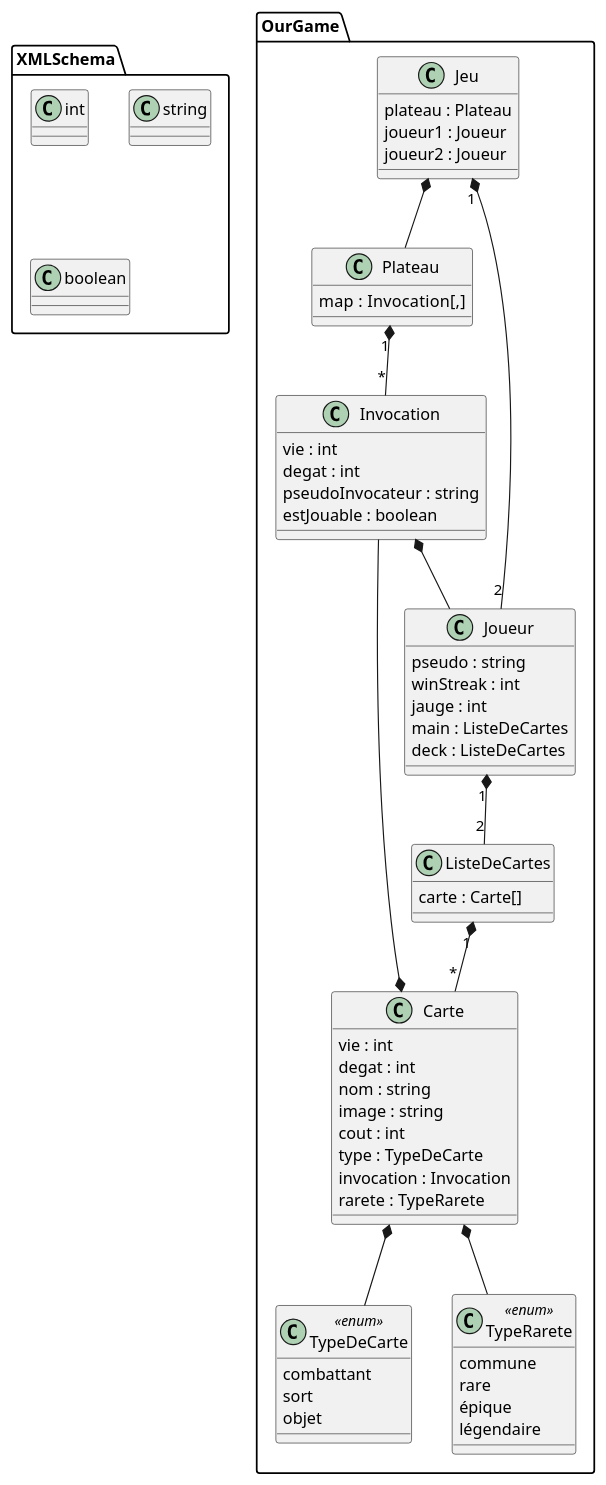
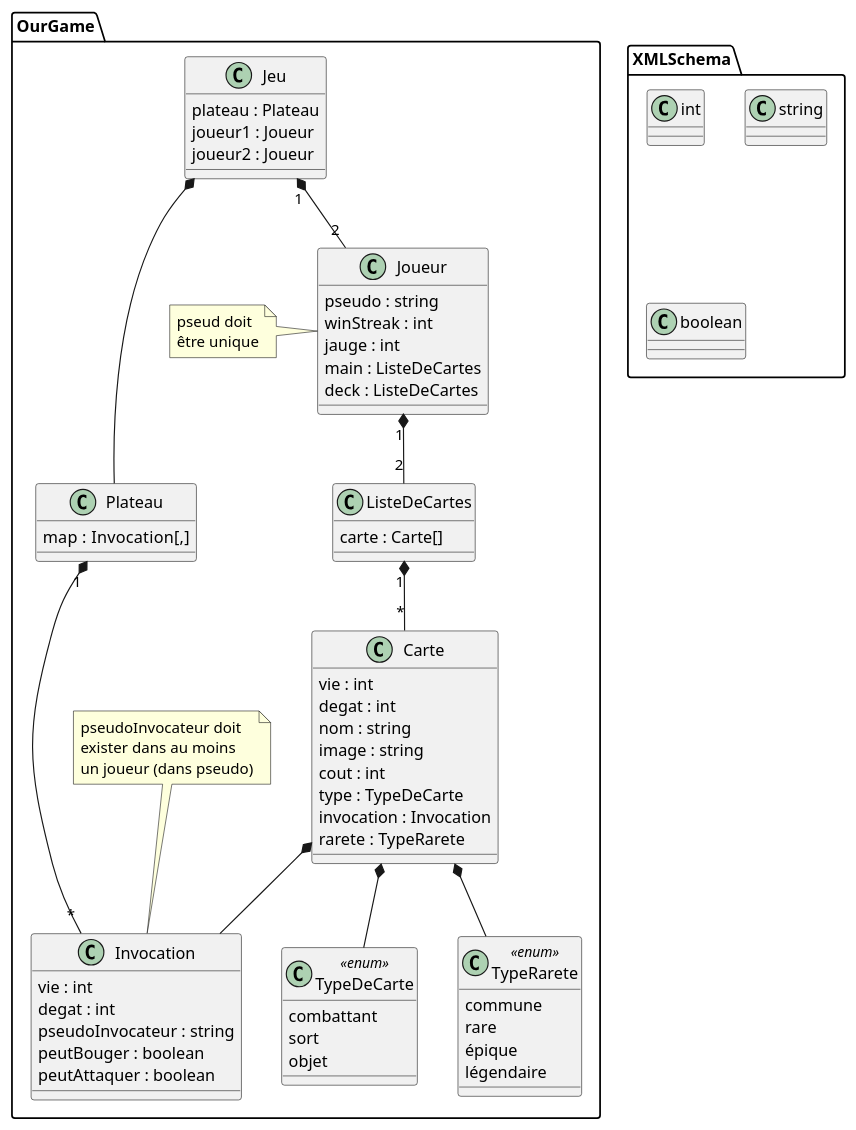
The diagram in UML/DiagrammeXML.puml (TennesseeAlves/CatRoyale), drawn with PlantUML before and after one commit. The commit also changed 1 other file, not shown here.

Commit message:
nouveaux UML (avec méthodes pour CS et sans boucle pour XML)

```diff
--- a/UML/DiagrammeXML.puml
+++ b/UML/DiagrammeXML.puml
@@ -2,76 +2,78 @@
 @startuml
-'https://plantuml.com/class-diagram
 
 package XMLSchema {
     class int{}
     class string{}
     class boolean{}
 }
 
 package OurGame{
     
     class Jeu{
         plateau : Plateau
         joueur1 : Joueur
         joueur2 : Joueur
     }
     
     class Plateau { 
         map :  Invocation[,]
     }
     
     class Joueur {
         pseudo : string
         winStreak : int
         jauge : int
         main : ListeDeCartes
         deck : ListeDeCartes
     }
     
     class ListeDeCartes {
         carte : Carte[]
     }
     
     class Carte {
         vie : int
         degat : int
         nom : string
         image : string 
         cout : int
         type : TypeDeCarte
         invocation : Invocation
         rarete : TypeRarete
         
     }
     
     class TypeDeCarte <<enum>> {
         combattant
         sort
         objet
     }
     
     class TypeRarete <<enum>> {
         commune
         rare
         épique
         légendaire
     }
     
     class Invocation {
         vie : int
         degat : int
         pseudoInvocateur : string
-        estJouable : boolean
+        peutBouger : boolean
+        peutAttaquer : boolean
     }
     
     Jeu *-- Plateau
     Jeu "1"*--"2" Joueur
     Plateau "1"*--"*" Invocation
     Joueur "1"*--"2" ListeDeCartes
     ListeDeCartes "1"*--"*" Carte
     Carte *-- TypeDeCarte
     Carte *-- Invocation
     Carte *-- TypeRarete
-    Invocation *-- Joueur
+    
+    note top of Invocation : pseudoInvocateur doit\nexister dans au moins\nun joueur (dans pseudo)
+    note left of Joueur : pseud doit\nêtre unique
 }
 @enduml
```
